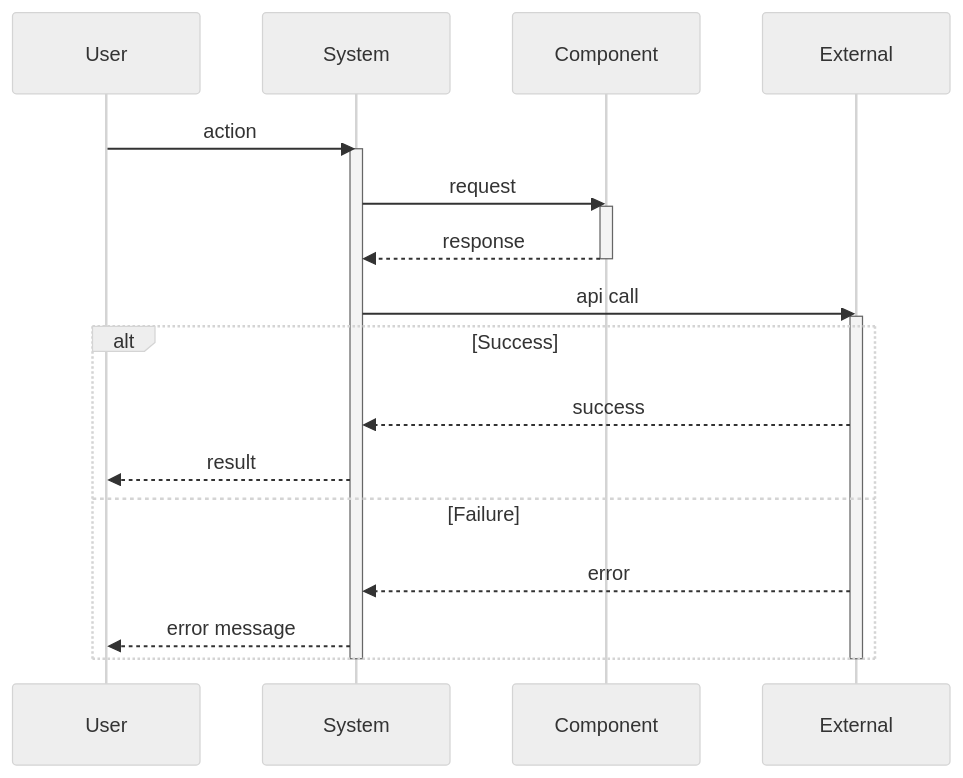
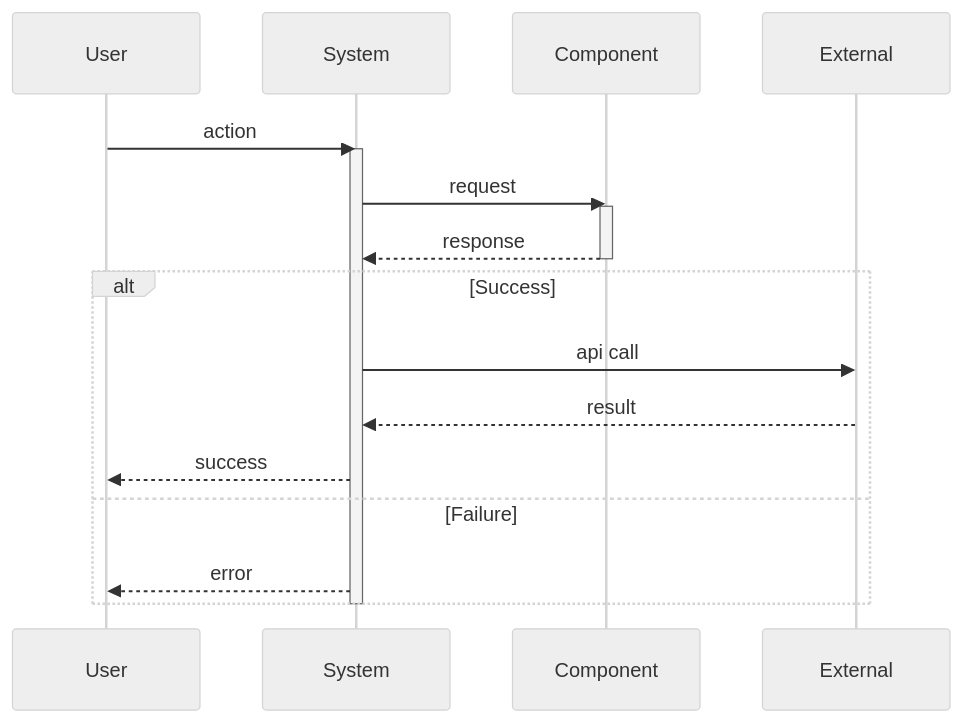
One commit to Duccci/Zenos-Planner changed the diagram in templates/architecture-templates/sequence-diagram-template.md. Above: the diagram before and after it, drawn with Mermaid (neutral theme). The commit also changed other lines of this file and 155 other files, not shown here.

````diff
--- a/templates/architecture-templates/sequence-diagram-template.md
+++ b/templates/architecture-templates/sequence-diagram-template.md
@@ -16,29 +15,23 @@
 ```mermaid
 sequenceDiagram
     participant User
     participant System
     participant Component
     participant External
-    
+
     User->>System: action
     activate System
-    
     System->>Component: request
     activate Component
     Component-->>System: response
     deactivate Component
-    
-    System->>External: api call
-    activate External
-    
+
     alt Success
-        External-->>System: success
-        System-->>User: result
+        System->>External: api call
+        External-->>System: result
+        System-->>User: success
     else Failure
-        External-->>System: error
-        System-->>User: error message
+        System-->>User: error
     end
-    
-    deactivate External
     deactivate System
 ```
````
